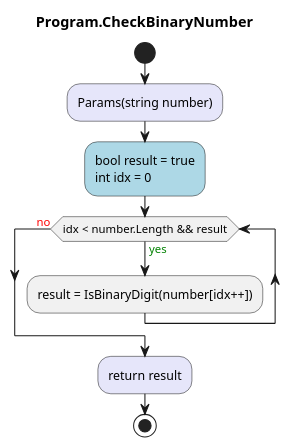
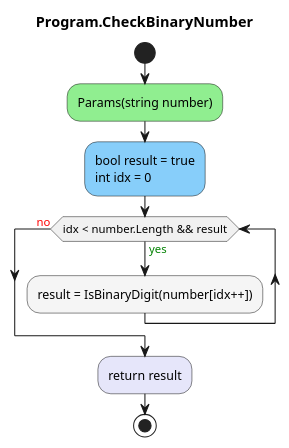
The diagram in BinaryAdder.ConApp/diagrams/ac_Program_CheckBinaryNumber.puml (leoggehrer/2324-34_ABIF_ACIF_POSE), drawn with PlantUML before and after one commit. The commit also changed 38 other files, not shown here.

Commit message:
Generated diagrams.

```diff
--- a/BinaryAdder.ConApp/diagrams/ac_Program_CheckBinaryNumber.puml
+++ b/BinaryAdder.ConApp/diagrams/ac_Program_CheckBinaryNumber.puml
@@ -1,12 +1,12 @@
 @startuml Program.CheckBinaryNumber
 title Program.CheckBinaryNumber
 start
-#Lavender:Params(string number);
-#LightBlue:bool result = true
+#LightGreen:Params(string number);
+#LightSkyBlue:bool result = true
 int idx = 0;
 while (idx < number.Length && result) is (<color:green>yes)
-    :result = IsBinaryDigit(number[idx++]);
+        #WhiteSmoke:result = IsBinaryDigit(number[idx++]);
 endwhile (<color:red>no)
 #Lavender:return result;
 stop
 @enduml
```
